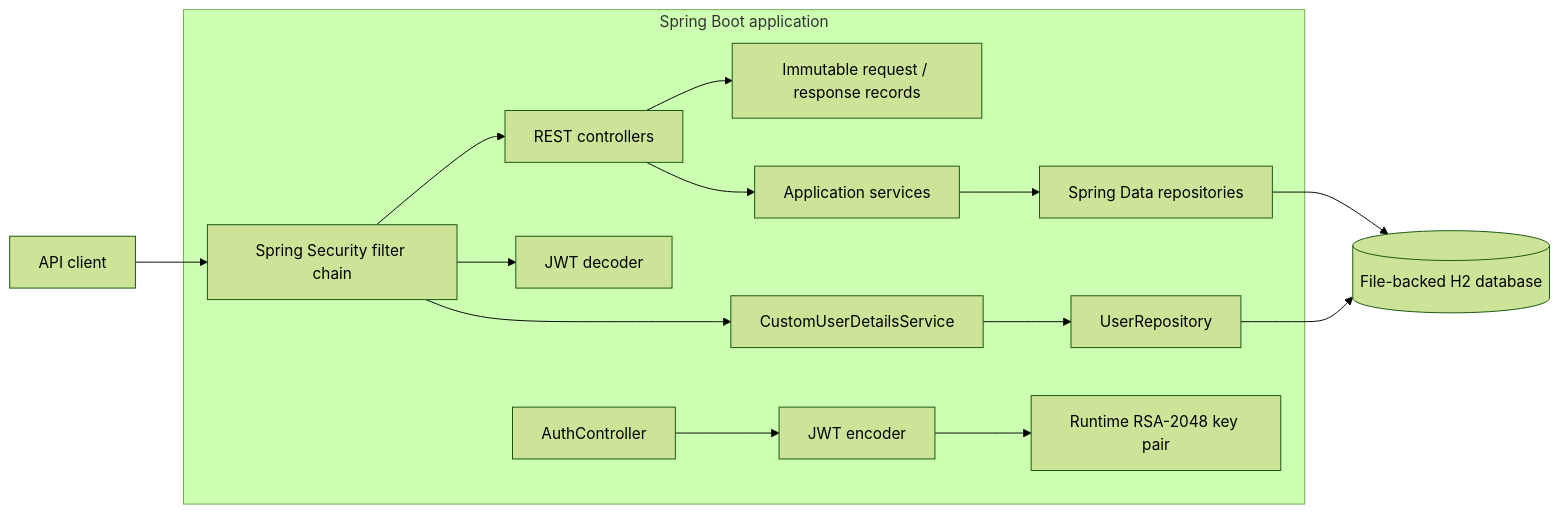
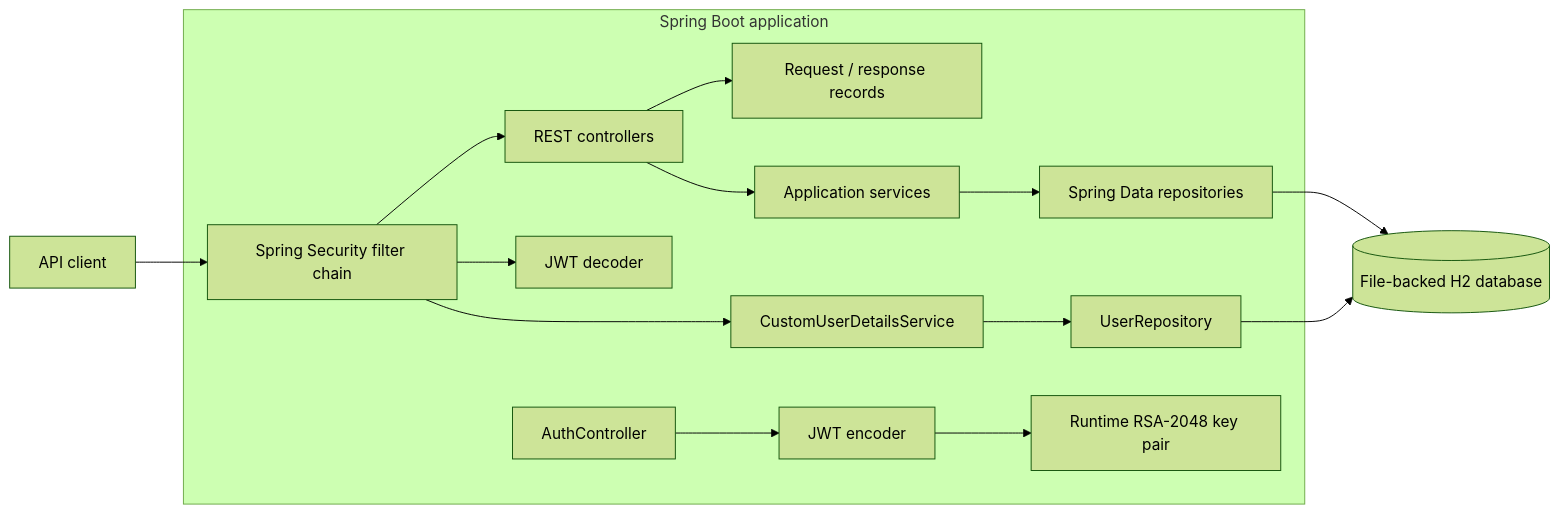
The first of 3 diagrams in README.md (YashM211/Task_Management), drawn with Mermaid (forest theme) before and after one commit. The commit also changed other lines of this file, not shown here.

````diff
--- a/README.md
+++ b/README.md
@@ -46,21 +57,19 @@
-```mermaid
+``` mermaid
 flowchart LR
     Client["API client"] --> Security["Spring Security filter chain"]
 
     subgraph Application["Spring Boot application"]
         Security --> Controllers["REST controllers"]
-        Controllers --> DTOs["Immutable request / response records"]
+        Controllers --> DTOs["Request / response records"]
         Controllers --> Services["Application services"]
         Services --> Repositories["Spring Data repositories"]
-
-        Security --> UDS["CustomUserDetailsService"]
-        UDS --> UserRepository["UserRepository"]
-
+        Security --> UserDetails["CustomUserDetailsService"]
+        UserDetails --> UserRepository["UserRepository"]
         Security --> Decoder["JWT decoder"]
         AuthController["AuthController"] --> Encoder["JWT encoder"]
         Encoder --> RSA["Runtime RSA-2048 key pair"]
     end
 
     Repositories --> H2[("File-backed H2 database")]
     UserRepository --> H2
 ```
````
